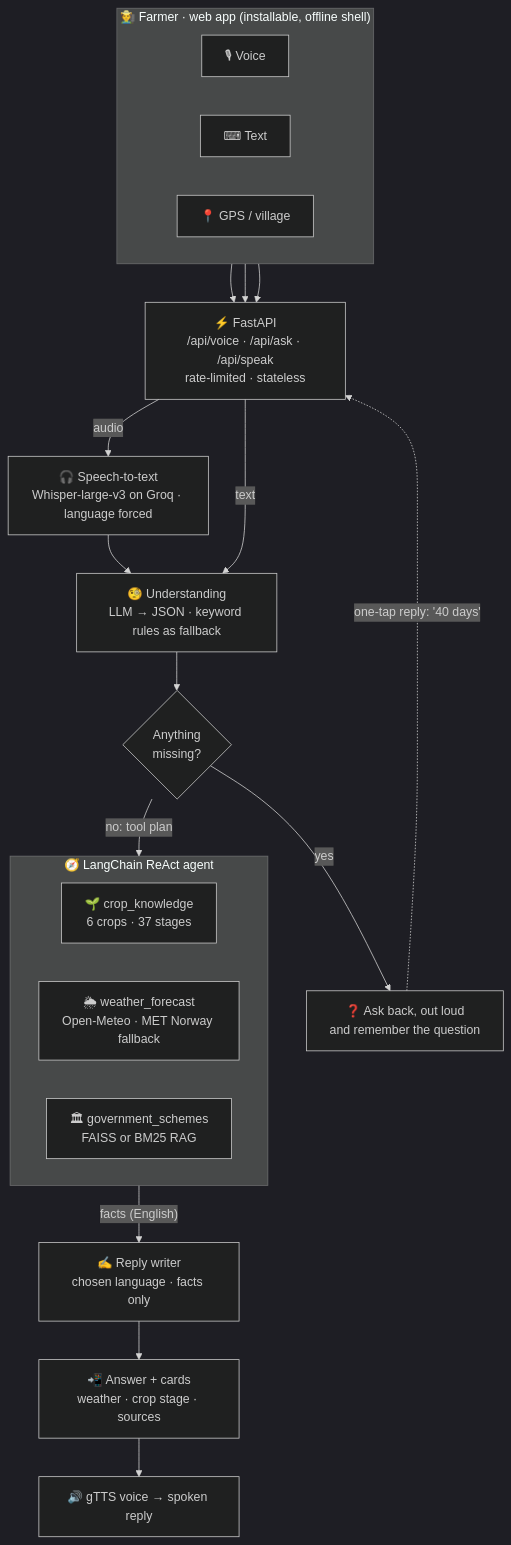
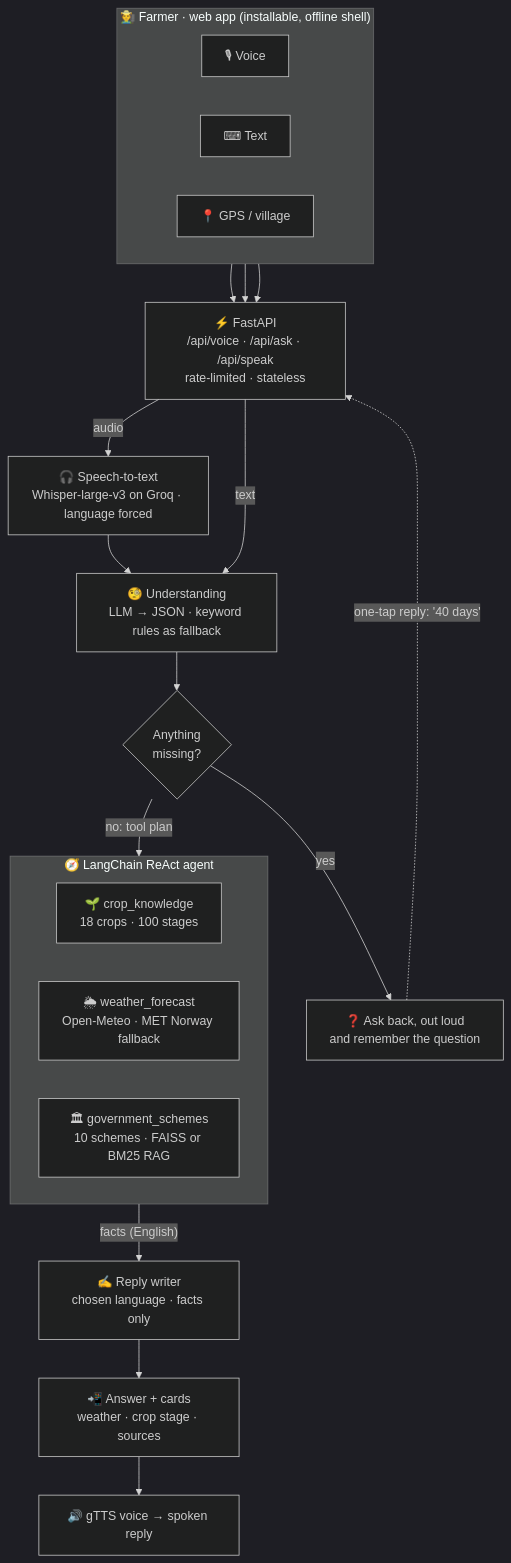
Before and after one commit to sehscape/Multilingual-Agri-AI-Agent: the second of 6 diagrams in README.md, drawn with Mermaid (dark theme). The commit also changed other lines of this file and 42 other files, not shown here.

First line of the commit message:
18 crops and 10 schemes, from one knowledge registry

````diff
--- a/README.md
+++ b/README.md
@@ -166,37 +167,37 @@
 ```mermaid
 flowchart TD
     subgraph IN["🧑‍🌾 Farmer · web app (installable, offline shell)"]
         direction LR
         MIC["🎙 Voice"]
         TXT["⌨ Text"]
         GPS["📍 GPS / village"]
     end
 
     API["⚡ FastAPI<br/>/api/voice · /api/ask · /api/speak<br/>rate-limited · stateless"]
     STT["🎧 Speech-to-text<br/>Whisper-large-v3 on Groq · language forced"]
     U["🧐 Understanding<br/>LLM → JSON · keyword rules as fallback"]
     C{"Anything<br/>missing?"}
     ASK["❓ Ask back, out loud<br/>and remember the question"]
 
     subgraph AGENT["🧭 LangChain ReAct agent"]
         direction LR
-        T1["🌱 crop_knowledge<br/>6 crops · 37 stages"]
+        T1["🌱 crop_knowledge<br/>18 crops · 100 stages"]
         T2["🌦 weather_forecast<br/>Open-Meteo · MET Norway fallback"]
-        T3["🏛 government_schemes<br/>FAISS or BM25 RAG"]
+        T3["🏛 government_schemes<br/>10 schemes · FAISS or BM25 RAG"]
     end
 
     W["✍ Reply writer<br/>chosen language · facts only"]
     OUT["📲 Answer + cards<br/>weather · crop stage · sources"]
     V["🔊 gTTS voice → spoken reply"]
 
     MIC --> API
     TXT --> API
     GPS --> API
     API -- "audio" --> STT --> U
     API -- "text" --> U
     U --> C
     C -- "yes" --> ASK
     ASK -. "one-tap reply: '40 days'" .-> API
     C -- "no: tool plan" --> AGENT
     AGENT -- "facts (English)" --> W --> OUT --> V
 ```
````
